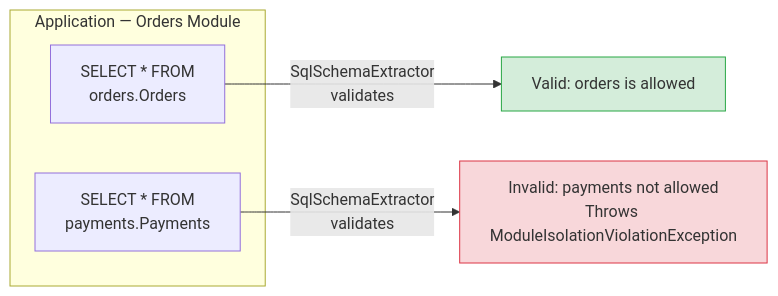
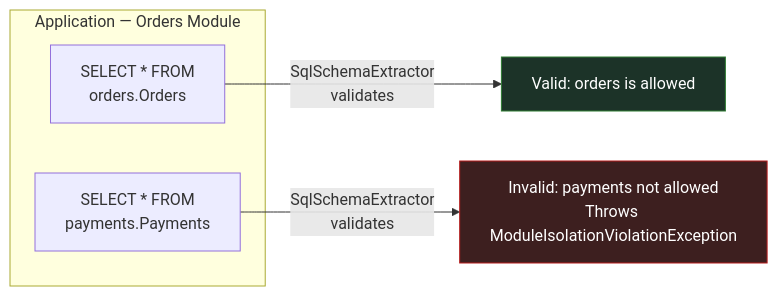
The second of 8 diagrams in docs/features/module-isolation.md (dlrivada/Encina), drawn with Mermaid before and after one commit. The commit also changed other lines of this file and 6 other files, not shown here.

First line of the commit message:
docs: replace hardcoded light-mode Mermaid colors with dark equivalents

````diff
--- a/docs/features/module-isolation.md
+++ b/docs/features/module-isolation.md
@@ -81,12 +81,12 @@
 ```mermaid
 flowchart LR
     subgraph App["Application — Orders Module"]
         Q1["SELECT * FROM<br/>orders.Orders"]
         Q2["SELECT * FROM<br/>payments.Payments"]
     end
     Q1 -->|"SqlSchemaExtractor<br/>validates"| V1["Valid: orders is allowed"]
     Q2 -->|"SqlSchemaExtractor<br/>validates"| V2["Invalid: payments not allowed<br/>Throws ModuleIsolationViolationException"]
 
-    style V1 fill:#d4edda,stroke:#28a745
-    style V2 fill:#f8d7da,stroke:#dc3545
+    style V1 fill:#1c3328,stroke:#2e7d32,color:#fff
+    style V2 fill:#3d1f1f,stroke:#b71c1c,color:#fff
 ```
````
